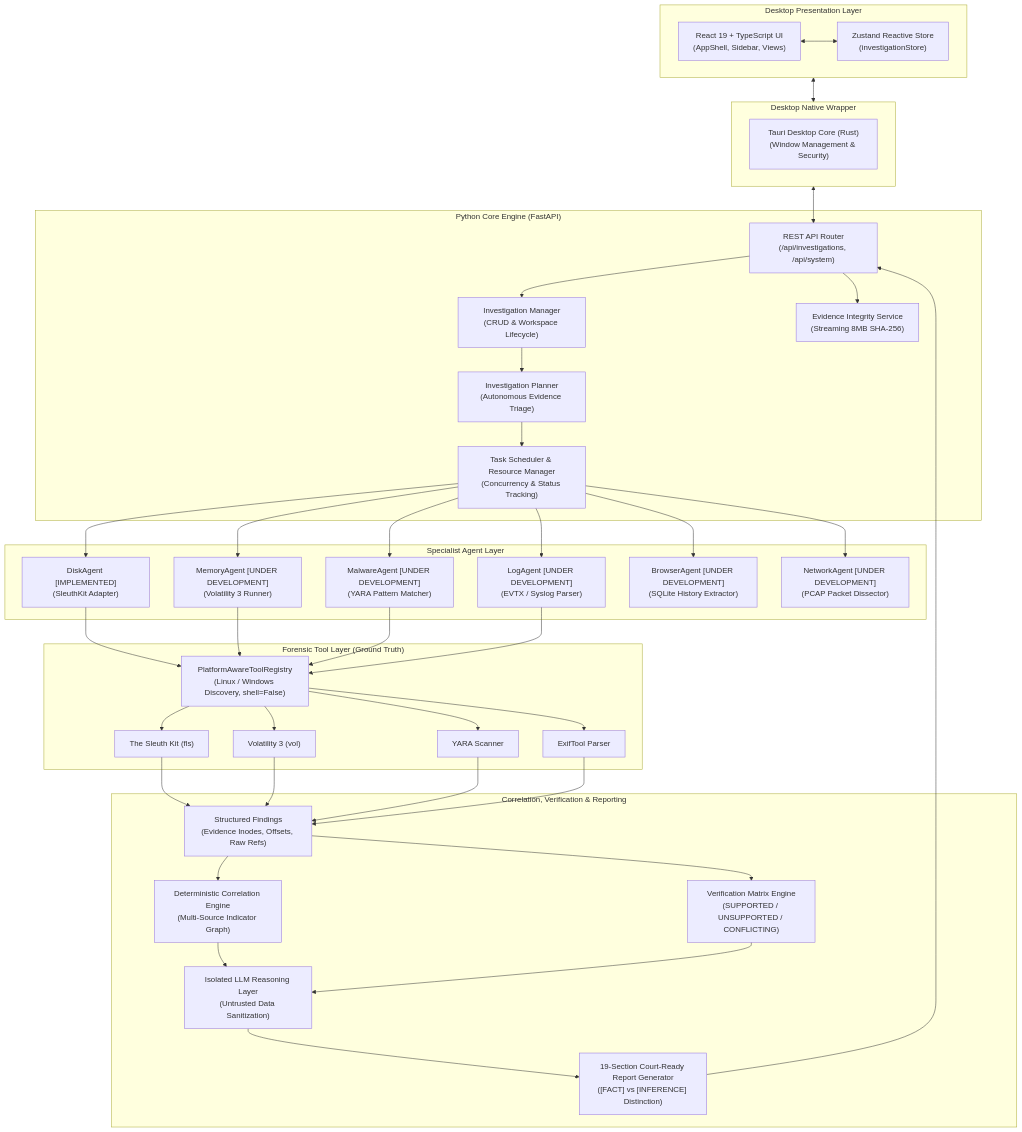
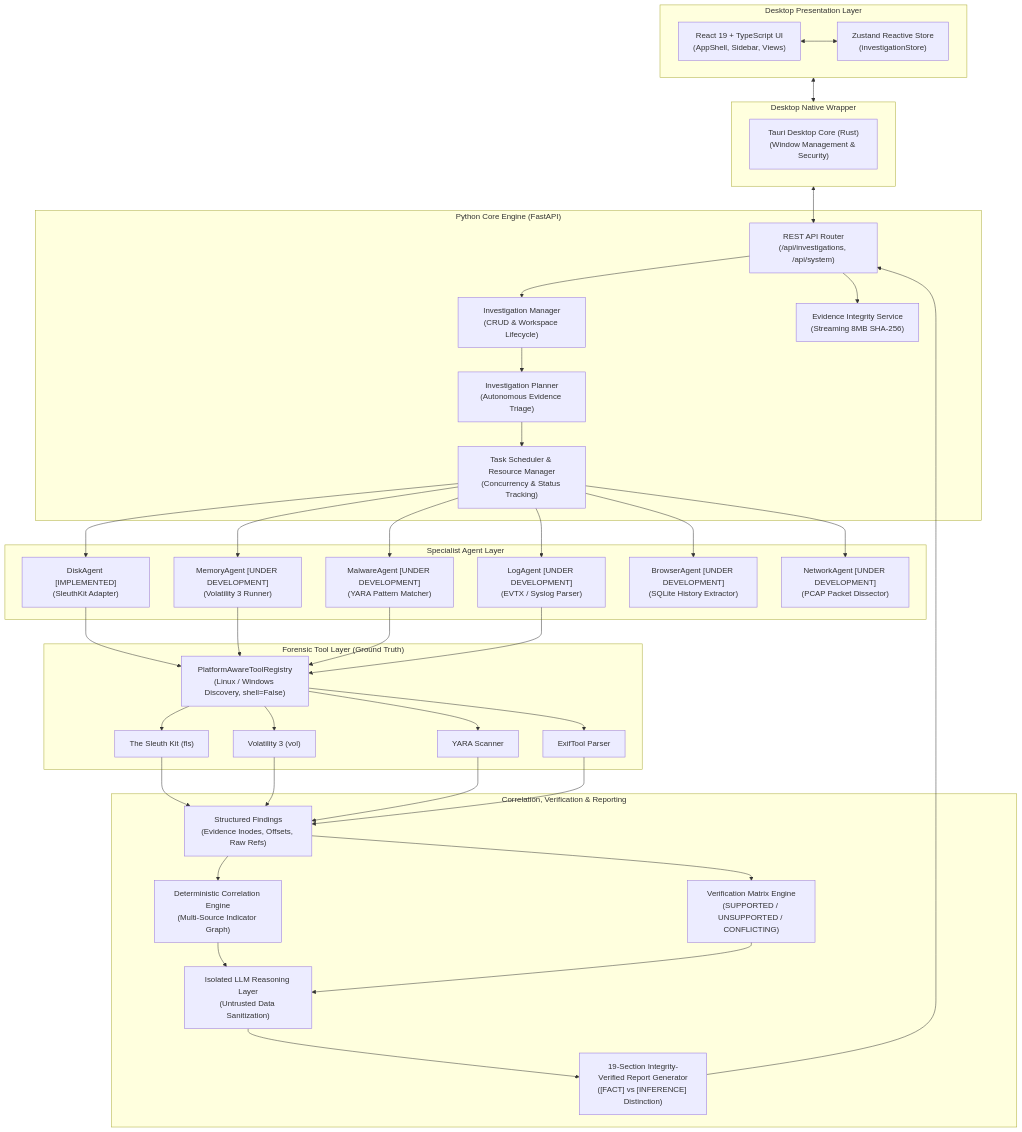
Before and after one commit to surya1259F/ADFIP: the diagram in docs/review/architecture-diagram.md, drawn with Mermaid. The commit also changed 23 other files, not shown here.

````diff
--- a/docs/review/architecture-diagram.md
+++ b/docs/review/architecture-diagram.md
@@ -5,72 +5,72 @@
 ```mermaid
 flowchart TD
     subgraph UI ["Desktop Presentation Layer"]
         A["React 19 + TypeScript UI\n(AppShell, Sidebar, Views)"]
         B["Zustand Reactive Store\n(investigationStore)"]
         A <--> B
     end
 
     subgraph DESKTOP ["Desktop Native Wrapper"]
         C["Tauri Desktop Core (Rust)\n(Window Management & Security)"]
     end
 
     subgraph BACKEND ["Python Core Engine (FastAPI)"]
         D["REST API Router\n(/api/investigations, /api/system)"]
         E["Investigation Manager\n(CRUD & Workspace Lifecycle)"]
         F["Evidence Integrity Service\n(Streaming 8MB SHA-256)"]
         G["Investigation Planner\n(Autonomous Evidence Triage)"]
         H["Task Scheduler & Resource Manager\n(Concurrency & Status Tracking)"]
         
         D --> E
         D --> F
         E --> G
         G --> H
     end
 
     subgraph AGENTS ["Specialist Agent Layer"]
         AG1["DiskAgent [IMPLEMENTED]\n(SleuthKit Adapter)"]
         AG2["MemoryAgent [UNDER DEVELOPMENT]\n(Volatility 3 Runner)"]
         AG3["MalwareAgent [UNDER DEVELOPMENT]\n(YARA Pattern Matcher)"]
         AG4["LogAgent [UNDER DEVELOPMENT]\n(EVTX / Syslog Parser)"]
         AG5["BrowserAgent [UNDER DEVELOPMENT]\n(SQLite History Extractor)"]
         AG6["NetworkAgent [UNDER DEVELOPMENT]\n(PCAP Packet Dissector)"]
 
         H --> AG1
         H --> AG2
         H --> AG3
         H --> AG4
         H --> AG5
         H --> AG6
     end
 
     subgraph TOOLS ["Forensic Tool Layer (Ground Truth)"]
         TR["PlatformAwareToolRegistry\n(Linux / Windows Discovery, shell=False)"]
         T1["The Sleuth Kit (fls)"]
         T2["Volatility 3 (vol)"]
         T3["YARA Scanner"]
         T4["ExifTool Parser"]
 
         AG1 --> TR --> T1
         AG2 --> TR --> T2
         AG3 --> TR --> T3
         AG4 --> TR --> T4
     end
 
     subgraph SYNTHESIS ["Correlation, Verification & Reporting"]
         SF["Structured Findings\n(Evidence Inodes, Offsets, Raw Refs)"]
         CE["Deterministic Correlation Engine\n(Multi-Source Indicator Graph)"]
         VE["Verification Matrix Engine\n(SUPPORTED / UNSUPPORTED / CONFLICTING)"]
         LLM["Isolated LLM Reasoning Layer\n(Untrusted Data Sanitization)"]
-        RG["19-Section Court-Ready Report Generator\n([FACT] vs [INFERENCE] Distinction)"]
+        RG["19-Section Integrity-Verified Report Generator\n([FACT] vs [INFERENCE] Distinction)"]
 
         T1 & T2 & T3 & T4 --> SF
         SF --> CE
         SF --> VE
         CE & VE --> LLM
         LLM --> RG
     end
 
     UI <--> DESKTOP
     DESKTOP <--> D
     RG --> D
 ```
````
